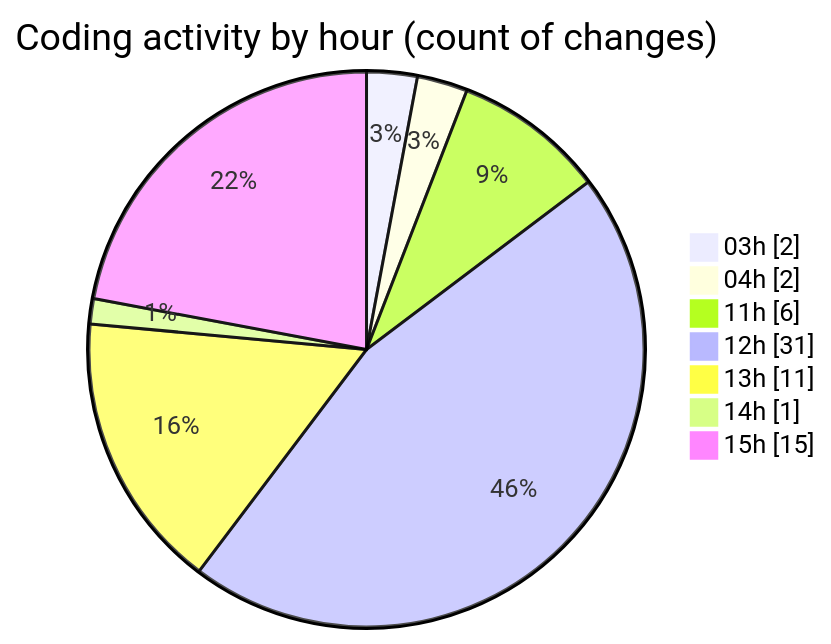
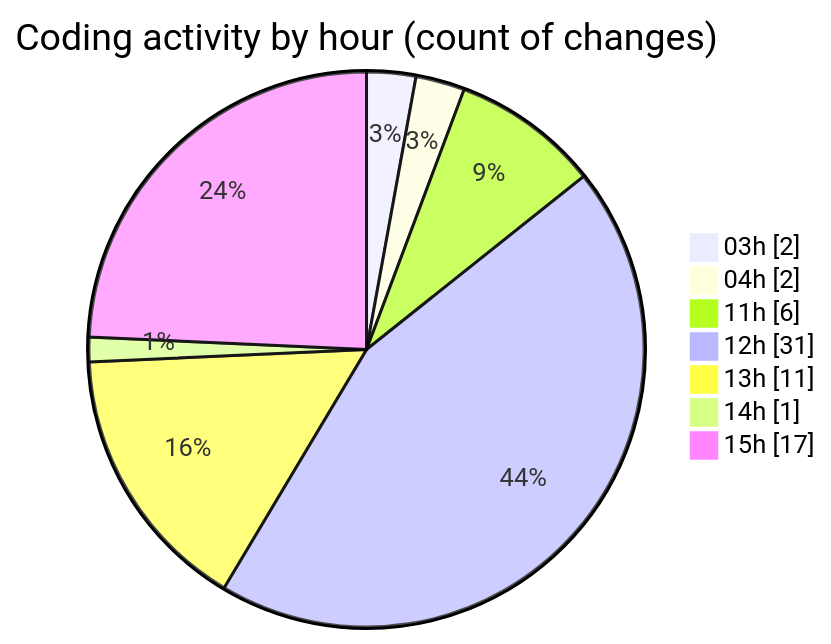
The second of 2 diagrams in 2025-07-04/cursor/README.md (FelipKnott/code-tracking), drawn with Mermaid before and after one commit. The commit also changed other lines of this file and 1 other file, not shown here.

````diff
--- a/2025-07-04/cursor/README.md
+++ b/2025-07-04/cursor/README.md
@@ -45,11 +45,11 @@
 ```mermaid
 pie showData
 title Coding activity by hour (count of changes)
 "03h" : 2
 "04h" : 2
 "11h" : 6
 "12h" : 31
 "13h" : 11
 "14h" : 1
-"15h" : 15
+"15h" : 17
 ```
````
